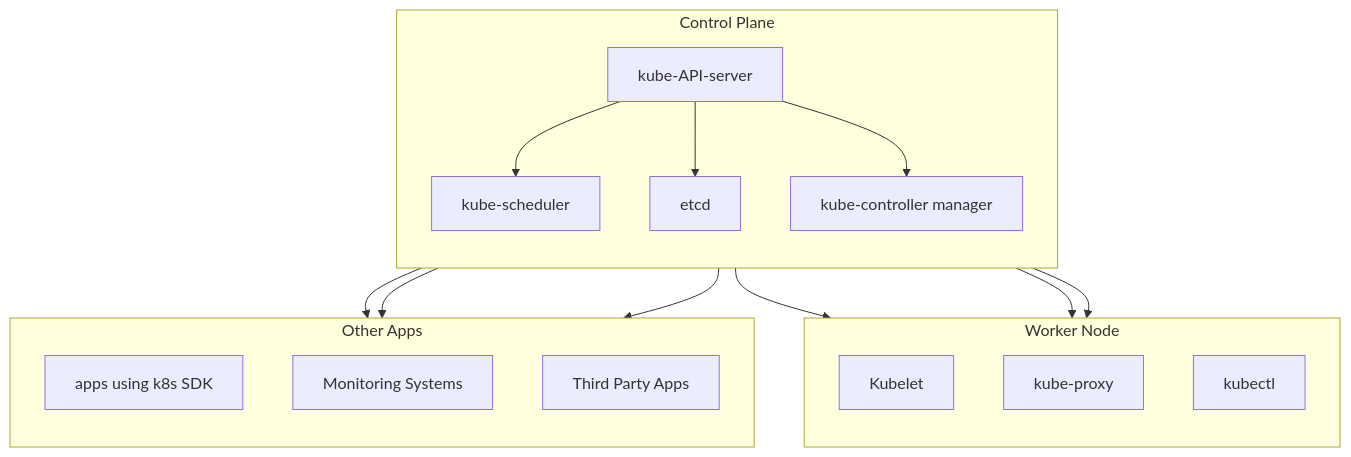
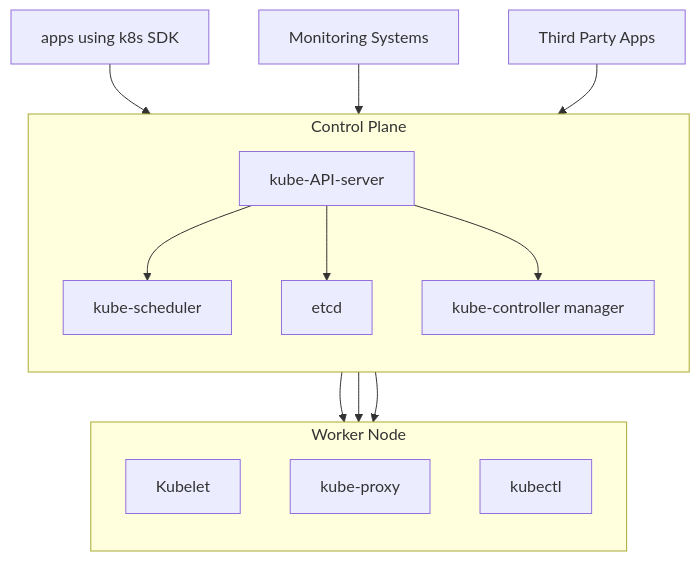
One commit to 007chiragshah/tucana changed the first of 2 diagrams in Architecture_Overview.md. Above: the diagram before and after it, drawn with Mermaid.

````diff
--- a/Architecture_Overview.md
+++ b/Architecture_Overview.md
@@ -20,35 +20,28 @@
   ```mermaid 
   graph TD
     subgraph "Control Plane" 
         direction TB
         A[kube-API-server]
         B[kube-scheduler]
         D[etcd]
         E[kube-controller manager]
     end
 
     subgraph "Worker Node" 
         direction TB
         F[Kubelet]
         G[kube-proxy]
         H[kubectl]
     end
 
     A --> B
     A --> D
     A --> E
     A --> F
     A --> G
     A --> H
 
-    subgraph "Other Apps"
-        direction TB
-        J[apps using k8s SDK]
-        K[Monitoring Systems]
-        L[Third Party Apps]
-    end
-
-    A --> J
-    A --> K
-    A --> L
+    J[apps using k8s SDK] --> A
+    K[Monitoring Systems] --> A
+    L[Third Party Apps] --> A
   ```
````
